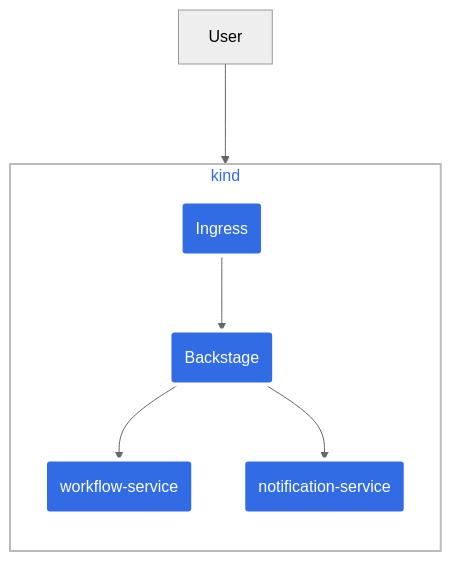
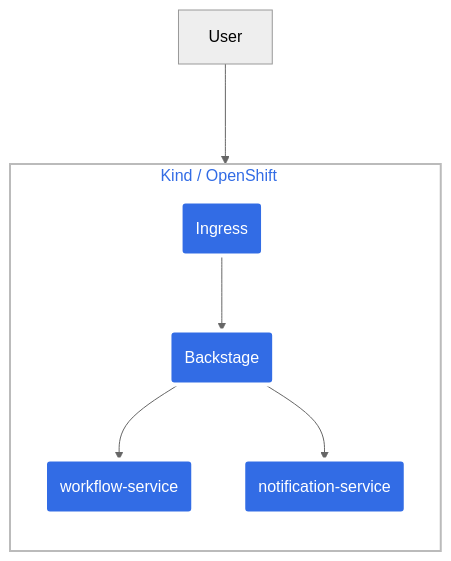
The diagram in documentation/latest/gsg/kind.md (parodos-dev/parodos-dev.github.io), drawn with Mermaid (neutral theme) before and after one commit. The commit also changed other lines of this file and 2 other files, not shown here.

```diff
--- a/documentation/latest/gsg/kind.md
+++ b/documentation/latest/gsg/kind.md
@@ -12,22 +12,20 @@
 {% mermaid %}
 flowchart TB
 
   classDef plain fill:#ddd,stroke:#fff,stroke-width:4px,color:#000;
   classDef k8s fill:#326ce5,stroke:#fff,stroke-width:4px,color:#fff;
   classDef cluster fill:#fff,stroke:#bbb,stroke-width:2px,color:#326ce5;
-
-  subgraph kind
+  subgraph kind["Kind / OpenShift#nbsp;#nbsp;#nbsp;"]
     direction TB
     ing(Ingress) --> back(Backstage)
 
     back --> workflow(workflow-service)
 
     back --> notification(notification-service)
   end
 
   User --->  ing
 
   class ing,back,workflow,notification k8s;
   class kind cluster;
-
 {% endmermaid %}
```
